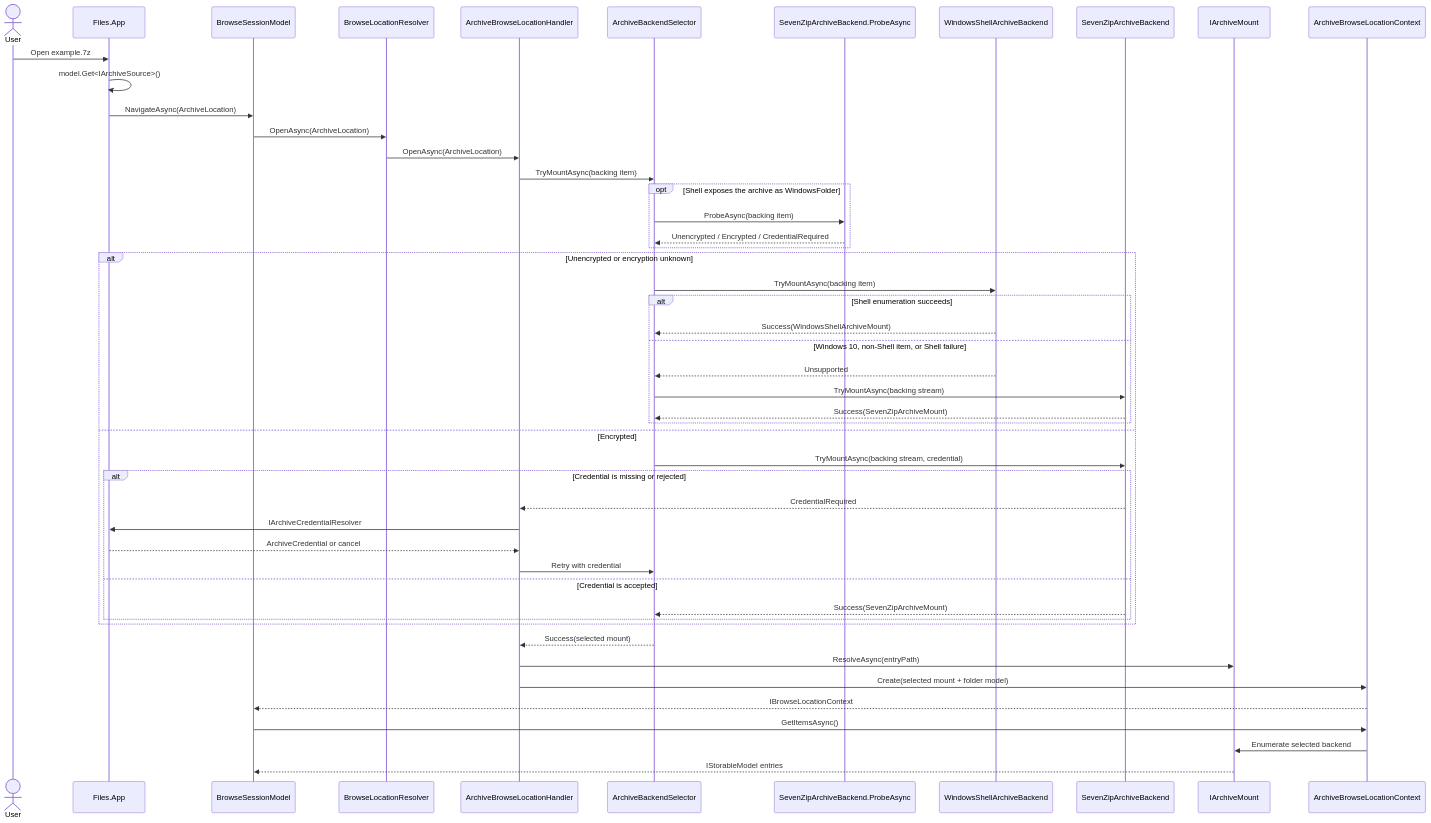
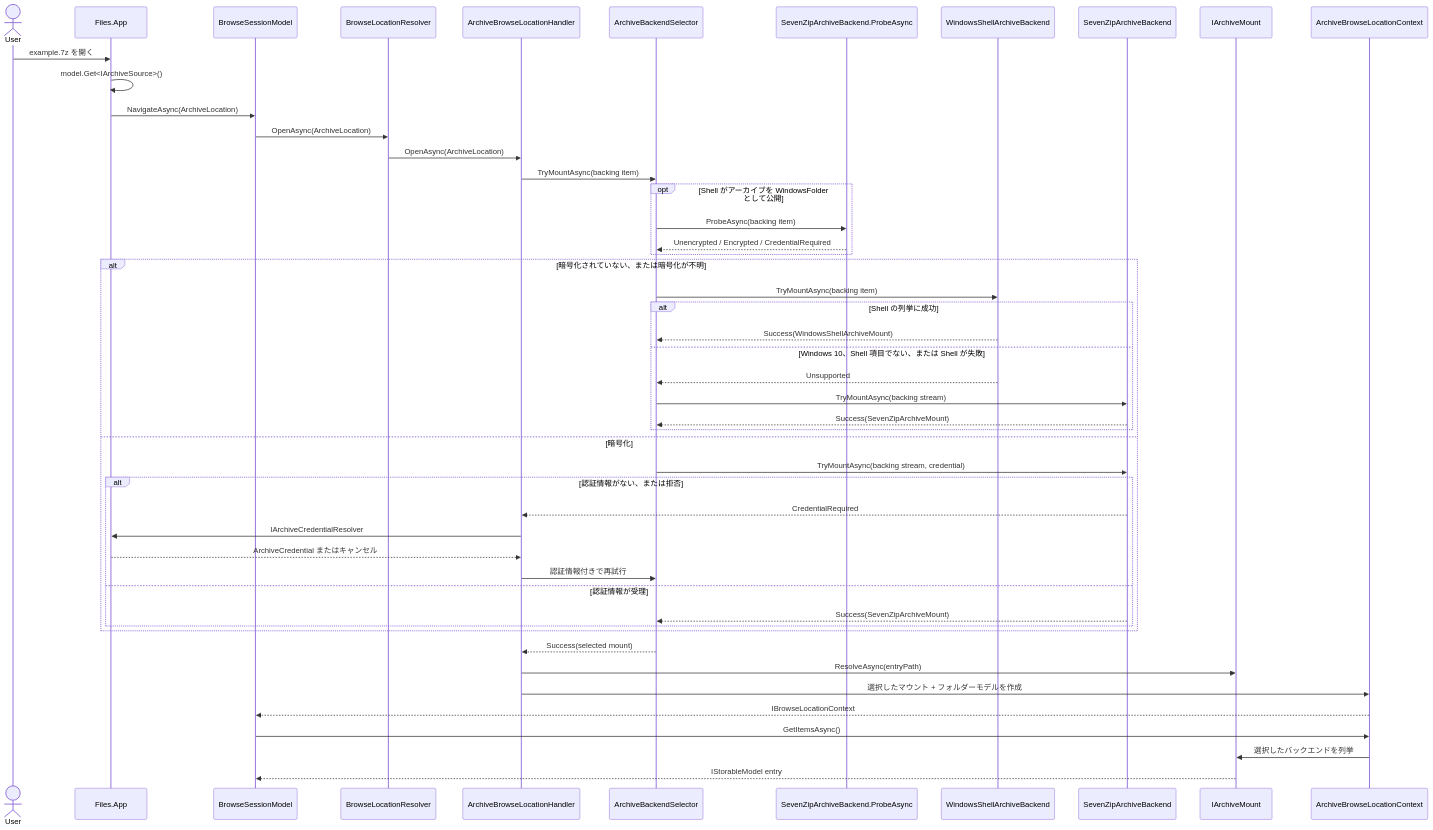
The first of 3 diagrams in docs/architecture/archives.md (0x5bfa/Files), drawn with Mermaid before and after one commit. The commit also changed other lines of this file and 18 other files, not shown here.

Commit message:
Translate architecture docs to Japanese

````diff
--- a/docs/architecture/archives.md
+++ b/docs/architecture/archives.md
@@ -25,55 +23,55 @@
 ```mermaid
 sequenceDiagram
     actor User
     participant App as Files.App
     participant Session as BrowseSessionModel
     participant Resolver as BrowseLocationResolver
     participant Handler as ArchiveBrowseLocationHandler
     participant Selector as ArchiveBackendSelector
     participant Probe as SevenZipArchiveBackend.ProbeAsync
     participant Shell as WindowsShellArchiveBackend
     participant SevenZip as SevenZipArchiveBackend
     participant Mount as IArchiveMount
     participant Context as ArchiveBrowseLocationContext
 
-    User->>App: Open example.7z
+    User->>App: example.7z を開く
     App->>App: model.Get<IArchiveSource>()
     App->>Session: NavigateAsync(ArchiveLocation)
     Session->>Resolver: OpenAsync(ArchiveLocation)
     Resolver->>Handler: OpenAsync(ArchiveLocation)
     Handler->>Selector: TryMountAsync(backing item)
 
-    opt Shell exposes the archive as WindowsFolder
+    opt Shell がアーカイブを WindowsFolder として公開
         Selector->>Probe: ProbeAsync(backing item)
         Probe-->>Selector: Unencrypted / Encrypted / CredentialRequired
     end
 
-    alt Unencrypted or encryption unknown
+    alt 暗号化されていない、または暗号化が不明
         Selector->>Shell: TryMountAsync(backing item)
-        alt Shell enumeration succeeds
+        alt Shell の列挙に成功
             Shell-->>Selector: Success(WindowsShellArchiveMount)
-        else Windows 10, non-Shell item, or Shell failure
+        else Windows 10、Shell 項目でない、または Shell が失敗
             Shell-->>Selector: Unsupported
             Selector->>SevenZip: TryMountAsync(backing stream)
             SevenZip-->>Selector: Success(SevenZipArchiveMount)
         end
-    else Encrypted
+    else 暗号化
         Selector->>SevenZip: TryMountAsync(backing stream, credential)
-        alt Credential is missing or rejected
+        alt 認証情報がない、または拒否
             SevenZip-->>Handler: CredentialRequired
             Handler->>App: IArchiveCredentialResolver
-            App-->>Handler: ArchiveCredential or cancel
-            Handler->>Selector: Retry with credential
-        else Credential is accepted
+            App-->>Handler: ArchiveCredential またはキャンセル
+            Handler->>Selector: 認証情報付きで再試行
+        else 認証情報が受理
             SevenZip-->>Selector: Success(SevenZipArchiveMount)
         end
     end
 
     Selector-->>Handler: Success(selected mount)
     Handler->>Mount: ResolveAsync(entryPath)
-    Handler->>Context: Create(selected mount + folder model)
+    Handler->>Context: 選択したマウント + フォルダーモデルを作成
     Context-->>Session: IBrowseLocationContext
     Session->>Context: GetItemsAsync()
-    Context->>Mount: Enumerate selected backend
-    Mount-->>Session: IStorableModel entries
+    Context->>Mount: 選択したバックエンドを列挙
+    Mount-->>Session: IStorableModel entry
 ```
````
